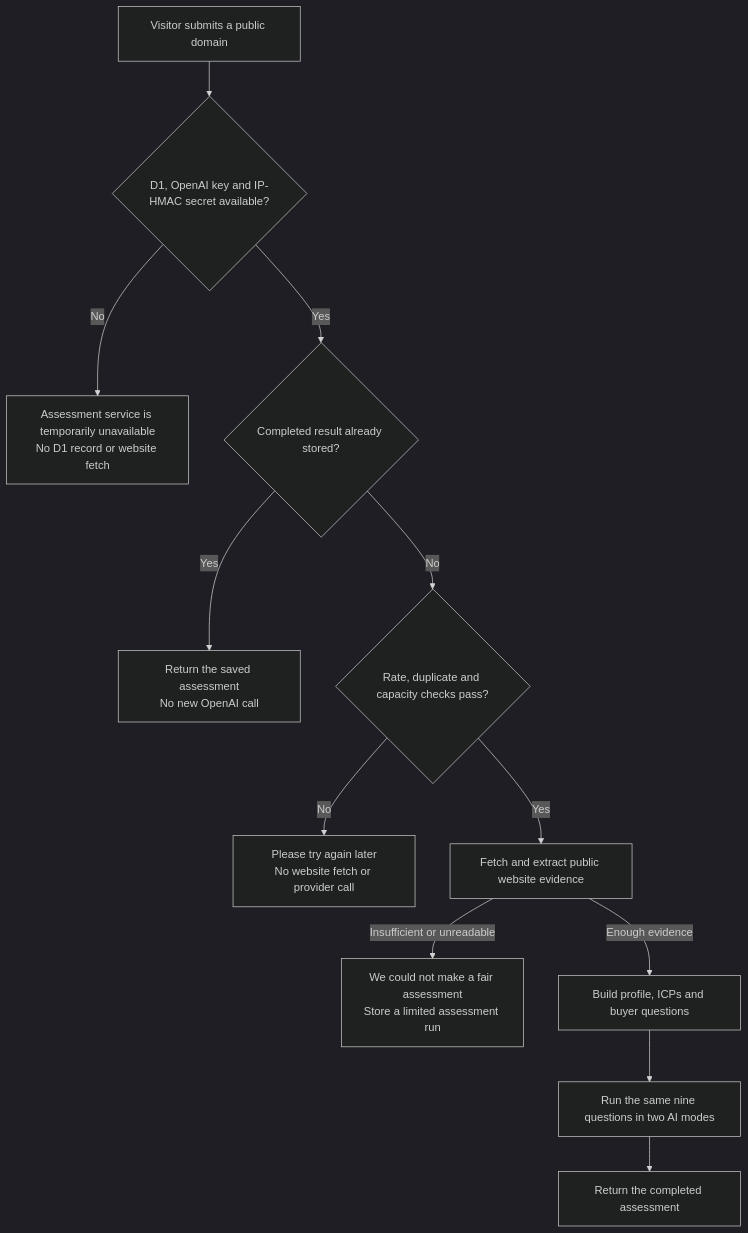
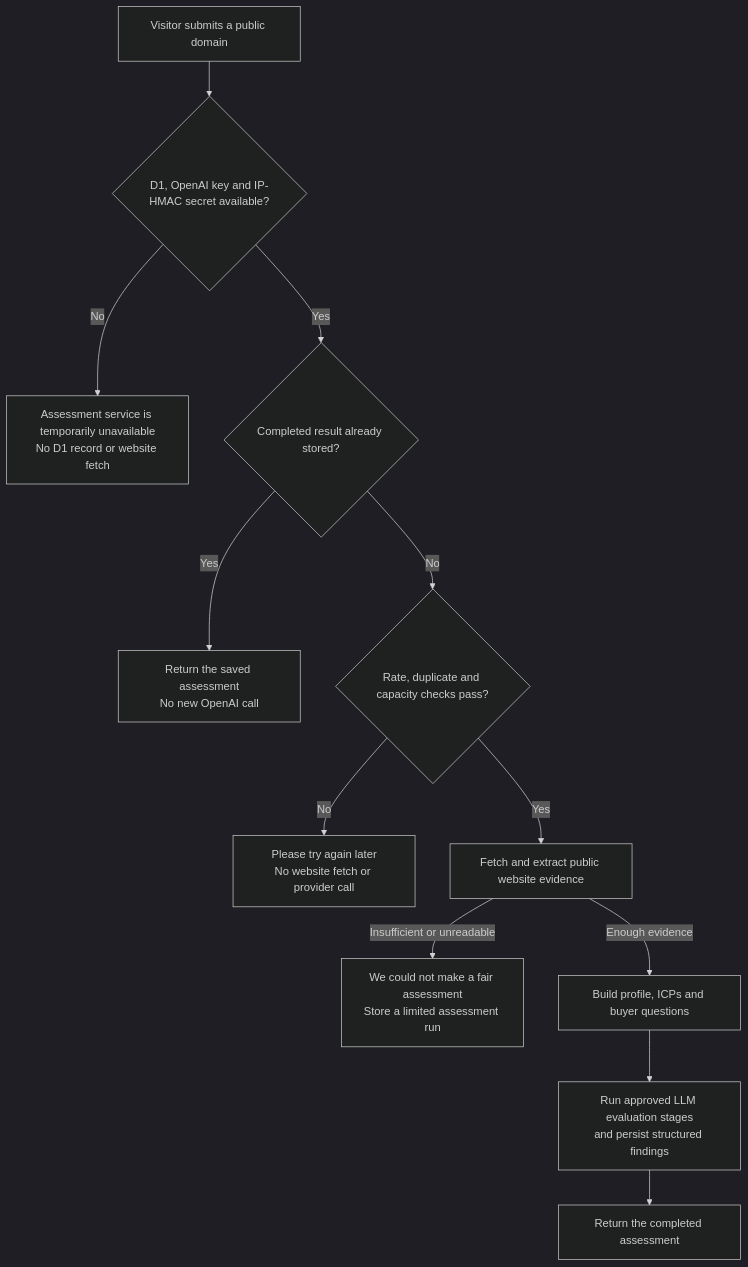
Before and after one commit to successbycs/ShortList: the second of 2 diagrams in docs/product/REQUEST_FLOW.md, drawn with Mermaid (dark theme). The commit also changed other lines of this file and 19 other files, not shown here.

````diff
--- a/docs/product/REQUEST_FLOW.md
+++ b/docs/product/REQUEST_FLOW.md
@@ -59,14 +58,14 @@
 ```mermaid
 flowchart TD
     Submit[Visitor submits a public domain] --> Runtime{D1, OpenAI key and IP-HMAC secret available?}
     Runtime -->|No| ServiceUnavailable[Assessment service is temporarily unavailable\nNo D1 record or website fetch]
     Runtime -->|Yes| Cache{Completed result already stored?}
     Cache -->|Yes| Cached[Return the saved assessment\nNo new OpenAI call]
     Cache -->|No| Admission{Rate, duplicate and capacity checks pass?}
     Admission -->|No| AdmissionLimited[Please try again later\nNo website fetch or provider call]
     Admission -->|Yes| Fetch[Fetch and extract public website evidence]
     Fetch -->|Insufficient or unreadable| EvidenceLimited[We could not make a fair assessment\nStore a limited assessment run]
     Fetch -->|Enough evidence| Profile[Build profile, ICPs and buyer questions]
-    Profile --> Ai[Run the same nine questions in two AI modes]
+    Profile --> Ai[Run approved LLM evaluation stages\nand persist structured findings]
     Ai --> Complete[Return the completed assessment]
 ```
````
